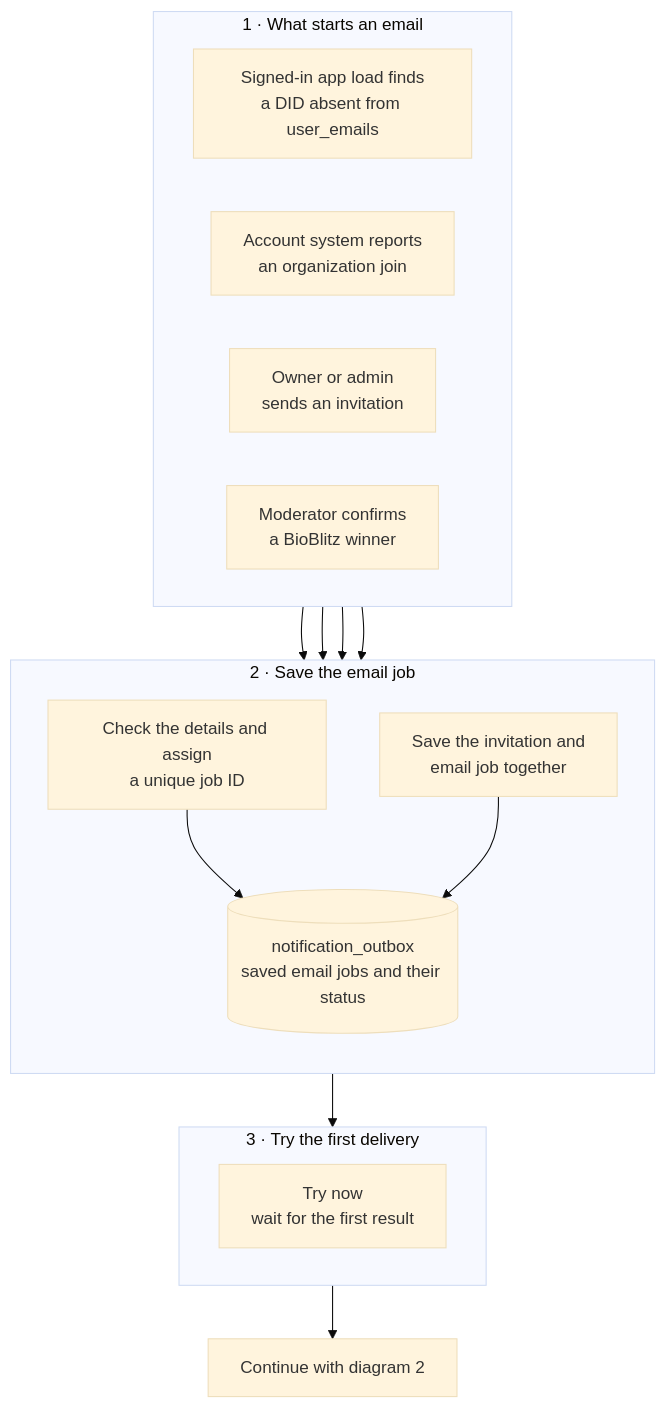
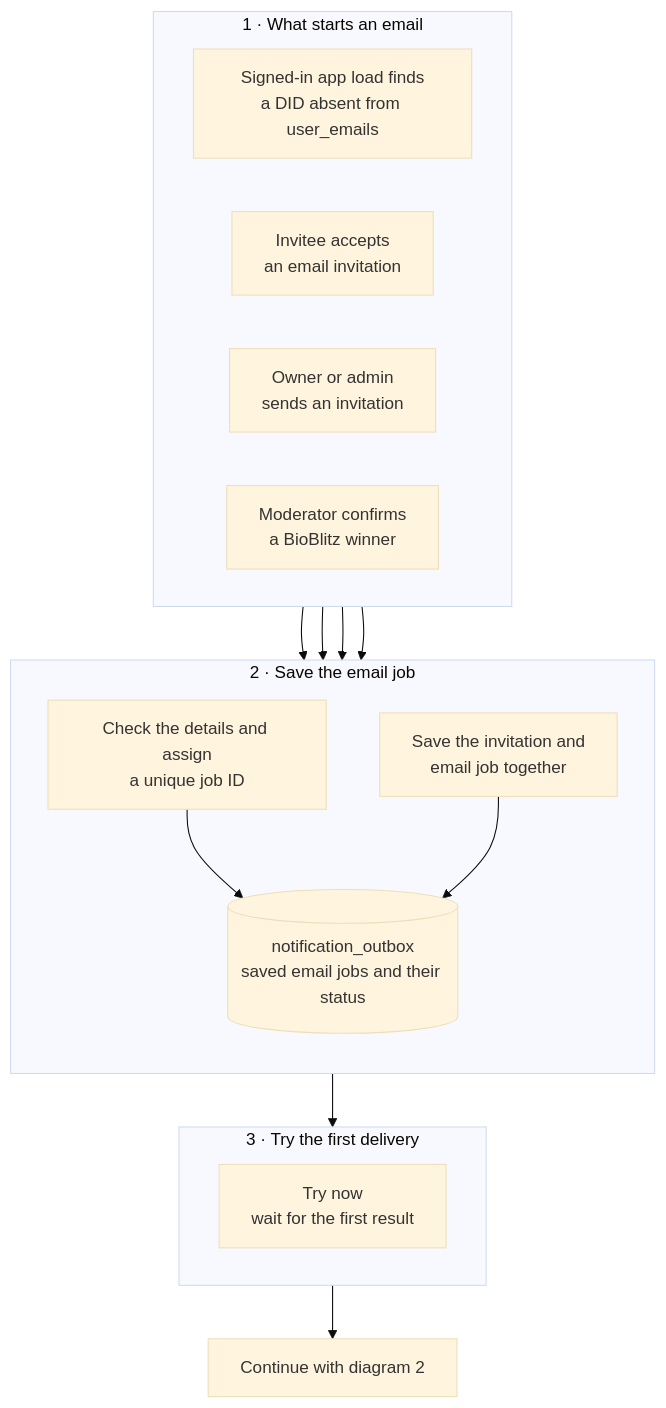
The first of 4 diagrams in docs/email-notification-system.md (GainForest/gainforest-app), drawn with Mermaid (base theme) before and after one commit. The commit also changed other lines of this file and 2 other files, not shown here.

Commit message:
notifications: document invitation-owned joined emails

````diff
--- a/docs/email-notification-system.md
+++ b/docs/email-notification-system.md
@@ -11,37 +11,37 @@
 ```mermaid
 flowchart TB
 
   subgraph Triggers["1 · What starts an email"]
     direction LR
 
     FirstUse["Signed-in app load finds<br/>a DID absent from user_emails"]
-    Membership["Account system reports<br/>an organization join"]
+    JoinedInvitation["Invitee accepts<br/>an email invitation"]
     Invitation["Owner or admin<br/>sends an invitation"]
     BioBlitz["Moderator confirms<br/>a BioBlitz winner"]
   end
 
   subgraph Saving["2 · Save the email job"]
     direction TB
 
     SaveJob["Check the details and assign<br/>a unique job ID"]
     SaveTogether["Save the invitation and<br/>email job together"]
     Outbox[("notification_outbox<br/>saved email jobs and their status")]
   end
 
   subgraph Timing["3 · Try the first delivery"]
     direction LR
 
     TryNow["Try now<br/>wait for the first result"]
   end
 
   FirstUse --> SaveJob
-  Membership --> SaveJob
+  JoinedInvitation --> SaveJob
   BioBlitz --> SaveJob
   Invitation --> SaveTogether
 
   SaveJob --> Outbox
   SaveTogether --> Outbox
 
   Outbox --> TryNow
   TryNow --> SendFlow["Continue with diagram 2"]
 ```
````
